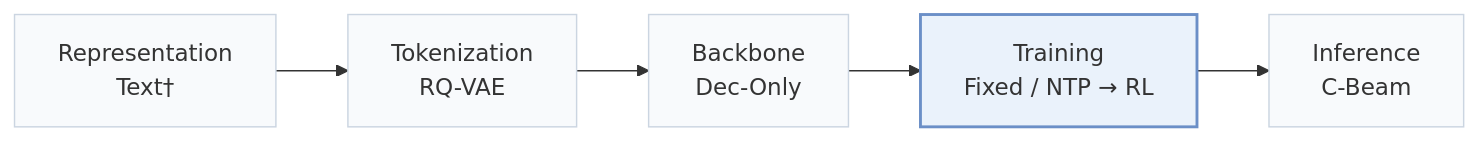
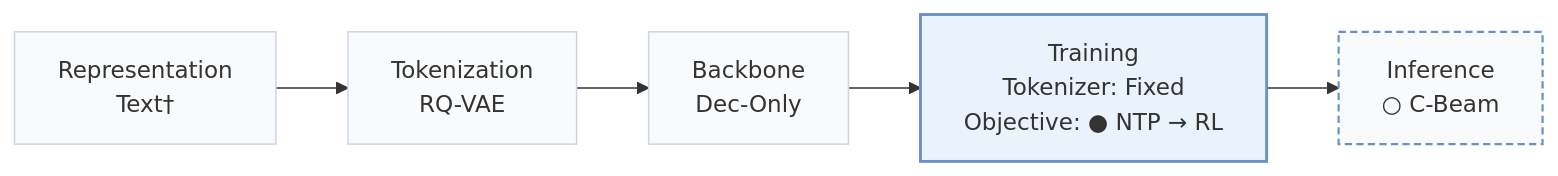
Before and after one commit to Galaxy-ghost/Awesome-SID-Generative-Rec: the first of 4 diagrams in pages/papers/v-star.md, drawn with Mermaid. The commit also changed other lines of this file and 558 other files, not shown here.

````diff
--- a/pages/papers/v-star.md
+++ b/pages/papers/v-star.md
@@ -15,8 +18,10 @@
 ```mermaid
 flowchart LR
-    R["Representation<br/>Text†"] --> T["Tokenization<br/>RQ-VAE"] --> B["Backbone<br/>Dec-Only"] --> TR["Training<br/>Fixed / NTP → RL"] --> I["Inference<br/>C-Beam"]
+    R["Representation<br/>Text†"] --> T["Tokenization<br/>RQ-VAE"] --> B["Backbone<br/>Dec-Only"] --> TR["Training<br/>Tokenizer: Fixed<br/>Objective: ● NTP → RL"] --> I["Inference<br/>○ C-Beam"]
     classDef base fill:#f8fafc,stroke:#cbd5e1
     class R,T,B,TR,I base
+    classDef other fill:#f8fafc,stroke:#6b8fc7,stroke-width:1.5px,stroke-dasharray:5 3
+    class I other
     classDef main fill:#eaf2fb,stroke:#6b8fc7,stroke-width:2px
     class TR main
 ```
````
